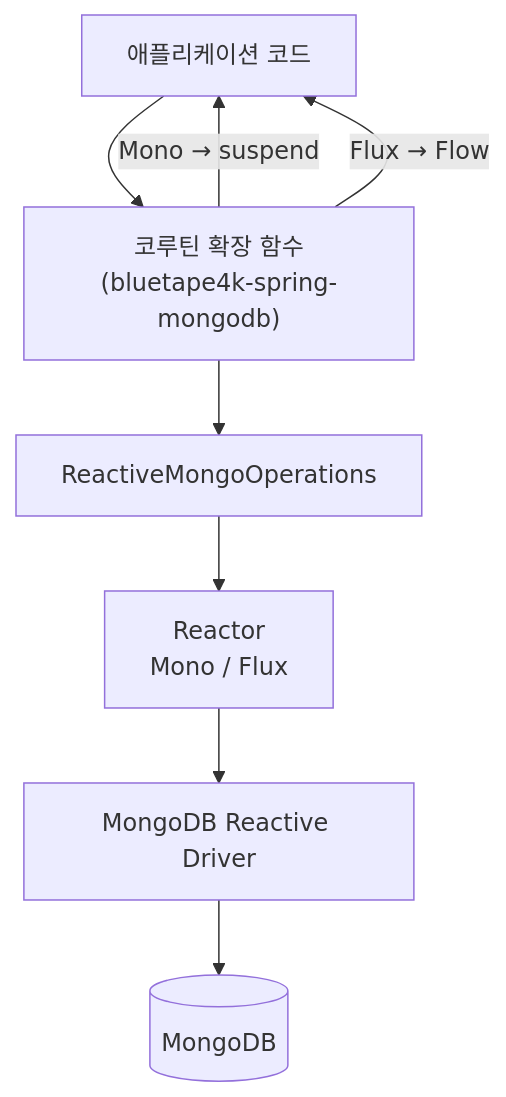
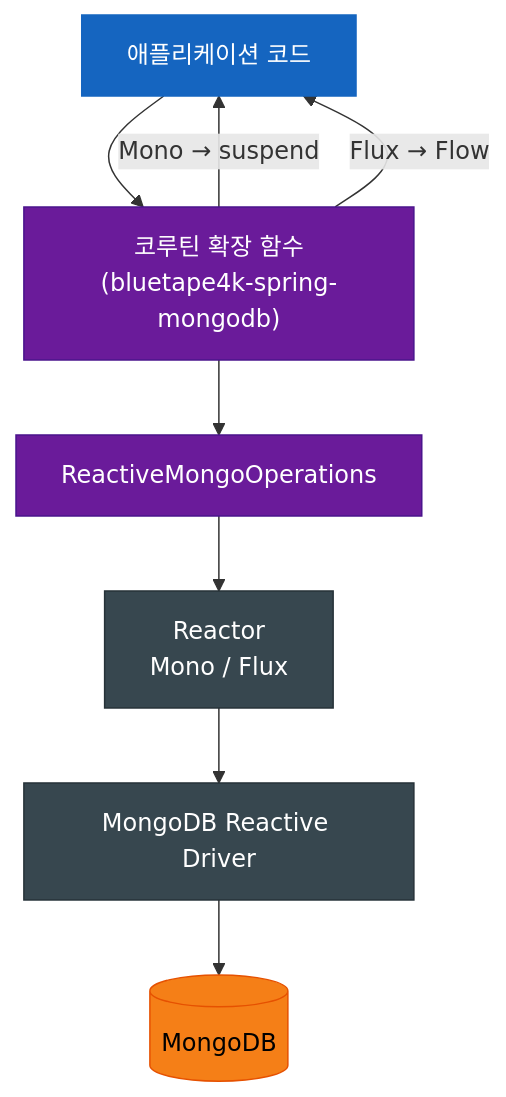
The second of 4 diagrams in spring-boot3/mongodb/README.ko.md (bluetape4k/bluetape4k-projects), drawn with Mermaid before and after one commit. The commit also changed other lines of this file and 221 other files, not shown here.

First line of the commit message:
docs: 전체 모듈 README UML 다이어그램 보강 및 색상 업그레이드

````diff
--- a/spring-boot3/mongodb/README.ko.md
+++ b/spring-boot3/mongodb/README.ko.md
@@ -271,10 +277,22 @@
 ```mermaid
 flowchart TD
     App["애플리케이션 코드"] --> Ext["코루틴 확장 함수<br/>(bluetape4k-spring-mongodb)"]
     Ext --> ROps["ReactiveMongoOperations"]
     ROps --> Reactor["Reactor<br/>Mono / Flux"]
     Reactor --> Driver["MongoDB Reactive Driver"]
     Driver --> MongoDB[("MongoDB")]
     Ext -- "Mono → suspend" --> App
     Ext -- "Flux → Flow" --> App
+
+    classDef serviceStyle fill:#1565C0,stroke:#1565C0,color:#FFFFFF
+    classDef asyncStyle fill:#6A1B9A,stroke:#4A148C,color:#FFFFFF
+    classDef extStyle fill:#37474F,stroke:#263238,color:#FFFFFF
+    classDef dataStyle fill:#F57F17,stroke:#E65100,color:#000000
+
+    class App serviceStyle
+    class Ext asyncStyle
+    class ROps asyncStyle
+    class Reactor extStyle
+    class Driver extStyle
+    class MongoDB dataStyle
 ```
````
